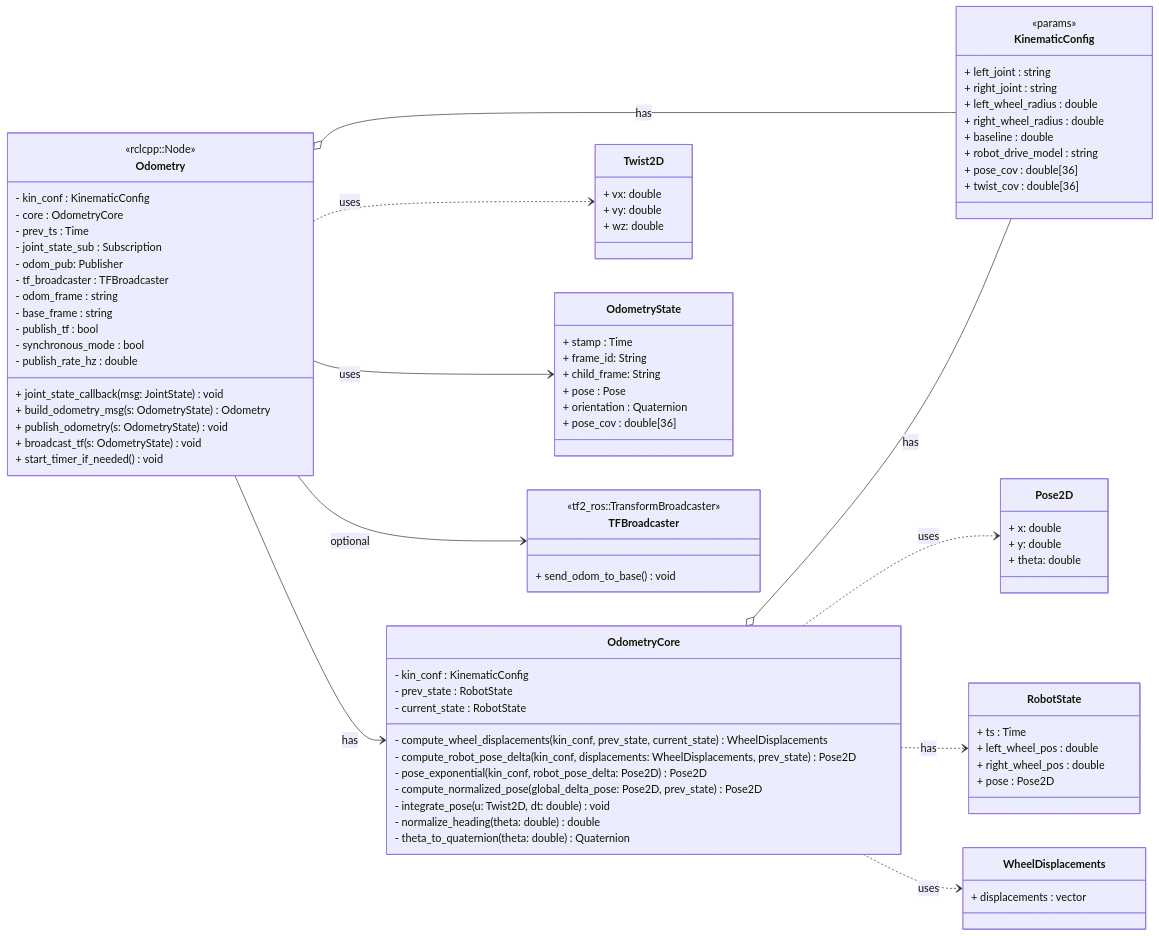
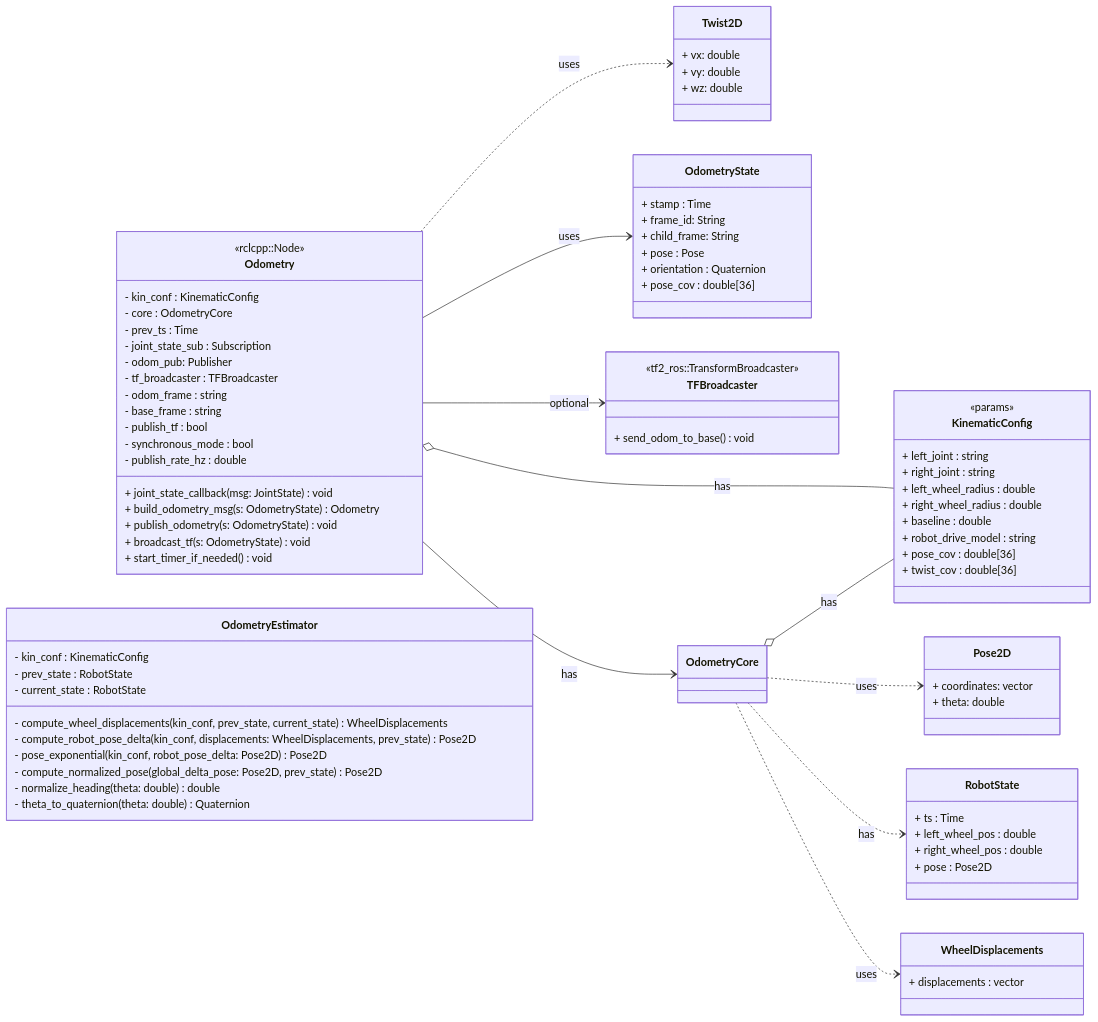
One commit to kailash197/ekumen_intern changed the diagram in uml_diagram.md. Above: the diagram before and after it, drawn with Mermaid. The commit also changed 21 other files, not shown here.

```diff
--- a/uml_diagram.md
+++ b/uml_diagram.md
@@ -34,7 +34,7 @@
   + start_timer_if_needed() void
 }
 
-class OdometryCore {
+class OdometryEstimator {
   - kin_conf : KinematicConfig
   - prev_state : RobotState
   - current_state : RobotState
@@ -43,7 +43,7 @@
   - compute_robot_pose_delta(kin_conf, displacements: WheelDisplacements, prev_state) Pose2D
   - pose_exponential(kin_conf, robot_pose_delta: Pose2D) Pose2D
   - compute_normalized_pose(global_delta_pose: Pose2D, prev_state) Pose2D
-  - integrate_pose(u: Twist2D, dt: double) void
+
   - normalize_heading(theta: double) double
   - theta_to_quaternion(theta: double) Quaternion
 }
@@ -54,8 +54,7 @@
 
 
 class Pose2D {
-    + x: double
-    + y: double
+    + coordinates: vector<double>
     + theta: double
 }
 
```
